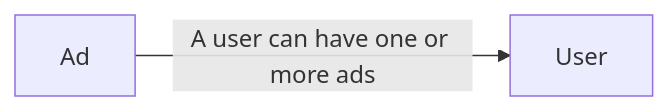
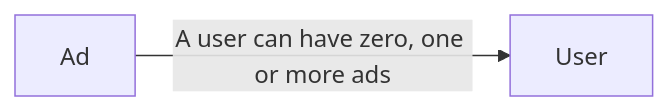
The diagram in README.md (dloprodu/KC_Training_Nodepop), drawn with Mermaid before and after one commit. The commit also changed other lines of this file, not shown here.

````diff
--- a/README.md
+++ b/README.md
@@ -124,4 +124,4 @@
 ```mermaid
 graph LR
-A[Ad] -- A user can have one or more ads --> B[User]
+Ad[Ad] -- A user can have zero, one or more ads --> User[User]
 ```
````
